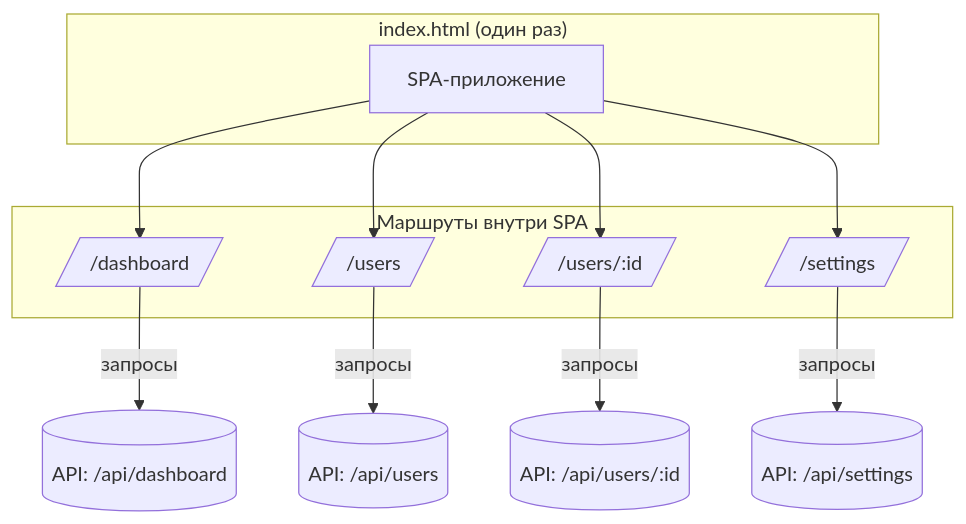
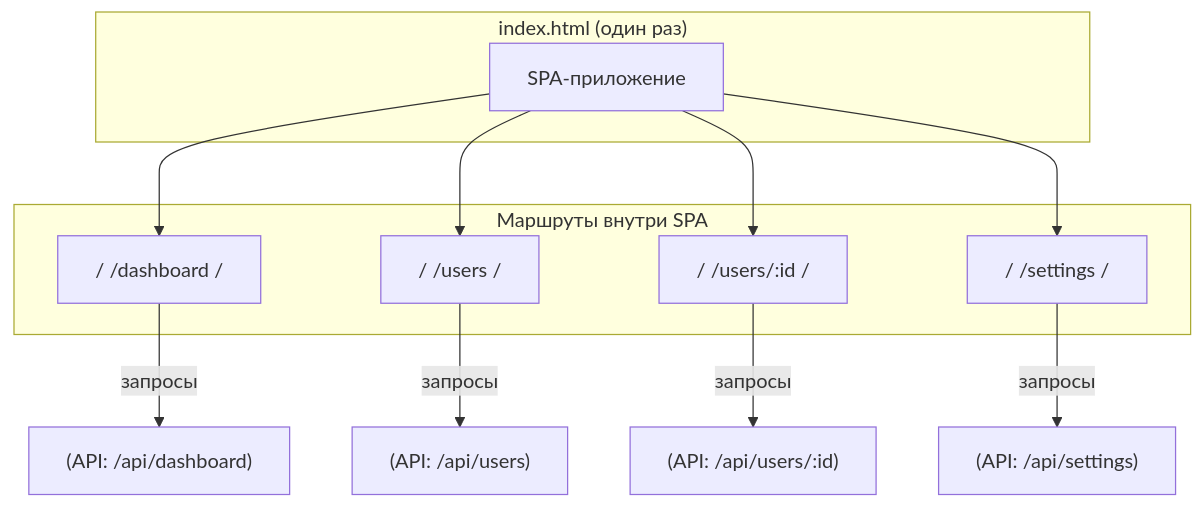
Before and after one commit to DDoSKudya/ai-study-atlas: the fourth of 4 diagrams in directions/architecture/pact/22_frontend_spa_single_page_application/01_22_1_spa_kak_ustroeno_odnostranichnoe_prilozhenie.md, drawn with Mermaid. The commit also changed other lines of this file and 322 other files, not shown here.

Commit message:
fix(docs): make mermaid diagrams GitHub-compatible across directions content

````diff
--- a/directions/architecture/pact/22_frontend_spa_single_page_application/01_22_1_spa_kak_ustroeno_odnostranichnoe_prilozhenie.md
+++ b/directions/architecture/pact/22_frontend_spa_single_page_application/01_22_1_spa_kak_ustroeno_odnostranichnoe_prilozhenie.md
@@ -186,23 +186,23 @@
 ```mermaid
 flowchart TB
   subgraph OneHTML["index.html (один раз)"]
-    App[SPA-приложение]
+    App["SPA-приложение"]
   end
 
   subgraph Routes["Маршруты внутри SPA"]
-    R1[/ /dashboard /]
-    R2[/ /users /]
-    R3[/ /users/:id /]
-    R4[/ /settings /]
+    R1["/ /dashboard /"]
+    R2["/ /users /"]
+    R3["/ /users/:id /"]
+    R4["/ /settings /"]
   end
 
   App --> R1
   App --> R2
   App --> R3
   App --> R4
 
-  R1 -->|запросы| API1[(API: /api/dashboard)]
-  R2 -->|запросы| API2[(API: /api/users)]
-  R3 -->|запросы| API3[(API: /api/users/:id)]
-  R4 -->|запросы| API4[(API: /api/settings)]
+  R1 -->|запросы| API1["(API: /api/dashboard)"]
+  R2 -->|запросы| API2["(API: /api/users)"]
+  R3 -->|запросы| API3["(API: /api/users/:id)"]
+  R4 -->|запросы| API4["(API: /api/settings)"]
 ```
````
